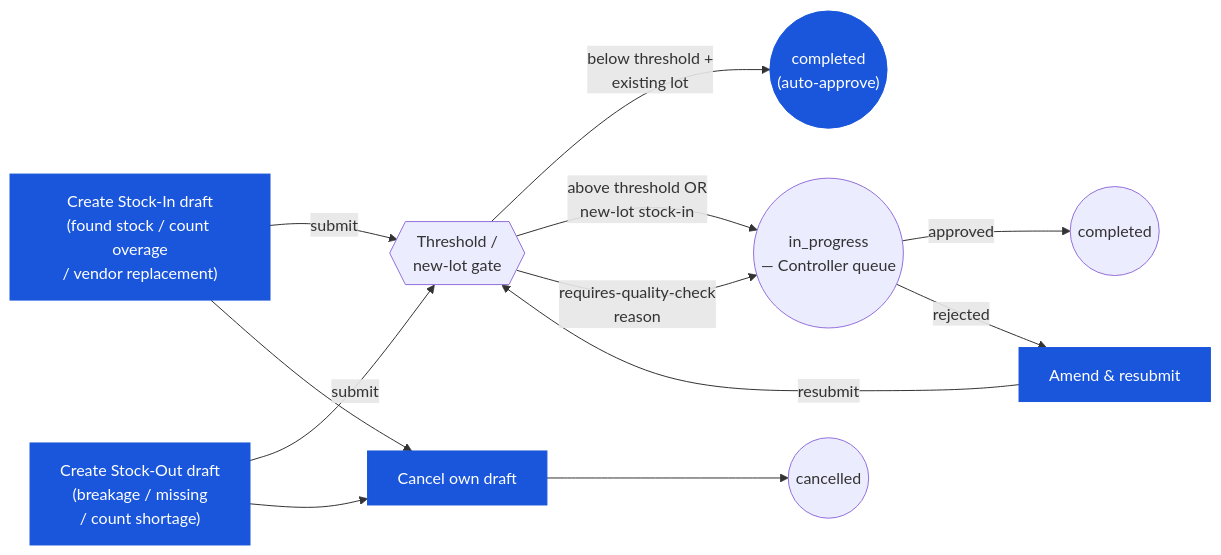
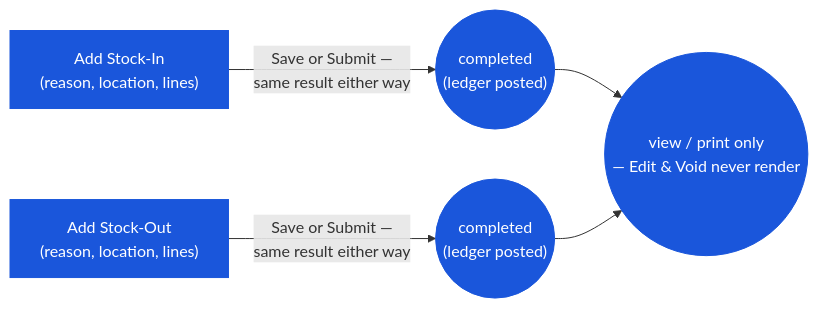
The diagram in en/inventory/inventory-adjustment/03-user-flow-store-keeper.md (CarmenSoftware-organization/carmen-wiki), drawn with Mermaid before and after one commit. The commit also changed other lines of this file and 30 other files, not shown here.

````diff
--- a/en/inventory/inventory-adjustment/03-user-flow-store-keeper.md
+++ b/en/inventory/inventory-adjustment/03-user-flow-store-keeper.md
@@ -19,14 +19,8 @@
 ```mermaid
 graph LR
-    create_in["Create Stock-In draft\n(found stock / count overage\n/ vendor replacement)"]:::current -->|"submit"| gate{{"Threshold /\nnew-lot gate"}}
-    create_out["Create Stock-Out draft\n(breakage / missing\n/ count shortage)"]:::current -->|"submit"| gate
-    gate -->|"below threshold +\nexisting lot"| auto_complete(("completed\n(auto-approve)")):::current
-    gate -->|"above threshold OR\nnew-lot stock-in"| controller_q(("in_progress\n— Controller queue"))
-    gate -->|"requires-quality-check\nreason"| controller_q
-    controller_q -->|"approved"| completed(("completed"))
-    controller_q -->|"rejected"| amend["Amend & resubmit"]:::current
-    amend -->|"resubmit"| gate
-    create_in --> cancel_draft["Cancel own draft"]:::current --> cancelled(("cancelled"))
-    create_out --> cancel_draft
+    create_in["Add Stock-In\n(reason, location, lines)"]:::current -->|"Save or Submit —\nsame result either way"| completed_in(("completed\n(ledger posted)")):::current
+    create_out["Add Stock-Out\n(reason, location, lines)"]:::current -->|"Save or Submit —\nsame result either way"| completed_out(("completed\n(ledger posted)")):::current
+    completed_in --> readonly(("view / print only\n— Edit & Void never render")):::current
+    completed_out --> readonly
     classDef current fill:#1a56db,color:#fff,stroke:#1a56db;
 ```
````
